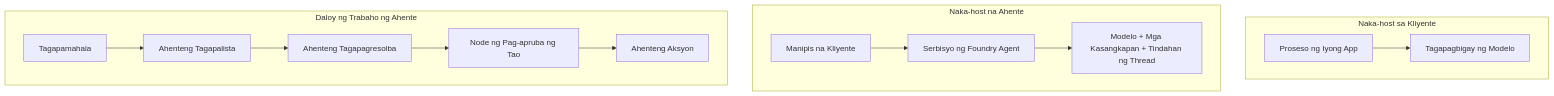
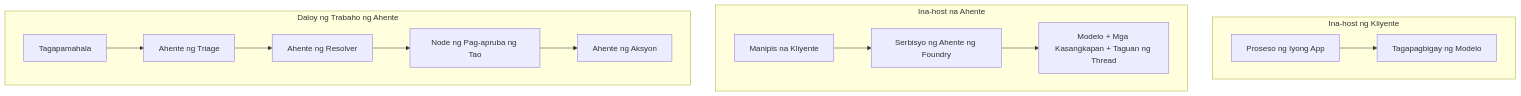
The first of 4 diagrams in translations/tl/16-deploying-scalable-agents/README.md (microsoft/ai-agents-for-beginners), drawn with Mermaid before and after one commit. The commit also changed other lines of this file and 46 other files, not shown here.

````diff
--- a/translations/tl/16-deploying-scalable-agents/README.md
+++ b/translations/tl/16-deploying-scalable-agents/README.md
@@ -87,16 +87,16 @@
 ```mermaid
 flowchart TB
-    subgraph P1[Naka-host sa Kliyente]
+    subgraph P1[Ina-host ng Kliyente]
         A1[Proseso ng Iyong App] --> M1[Tagapagbigay ng Modelo]
     end
-    subgraph P2[Naka-host na Ahente]
-        A2[Manipis na Kliyente] --> F2[Serbisyo ng Foundry Agent]
-        F2 --> M2[Modelo + Mga Kasangkapan + Tindahan ng Thread]
+    subgraph P2[Ina-host na Ahente]
+        A2[Manipis na Kliyente] --> F2[Serbisyo ng Ahente ng Foundry]
+        F2 --> M2[Modelo + Mga Kasangkapan + Taguan ng Thread]
     end
     subgraph P3[Daloy ng Trabaho ng Ahente]
-        A3[Tagapamahala] --> S1[Ahenteng Tagapalista]
-        S1 --> S2[Ahenteng Tagapagresolba]
+        A3[Tagapamahala] --> S1[Ahente ng Triage]
+        S1 --> S2[Ahente ng Resolver]
         S2 --> H[Node ng Pag-apruba ng Tao]
-        H --> S3[Ahenteng Aksyon]
+        H --> S3[Ahente ng Aksyon]
     end
 ```
````
